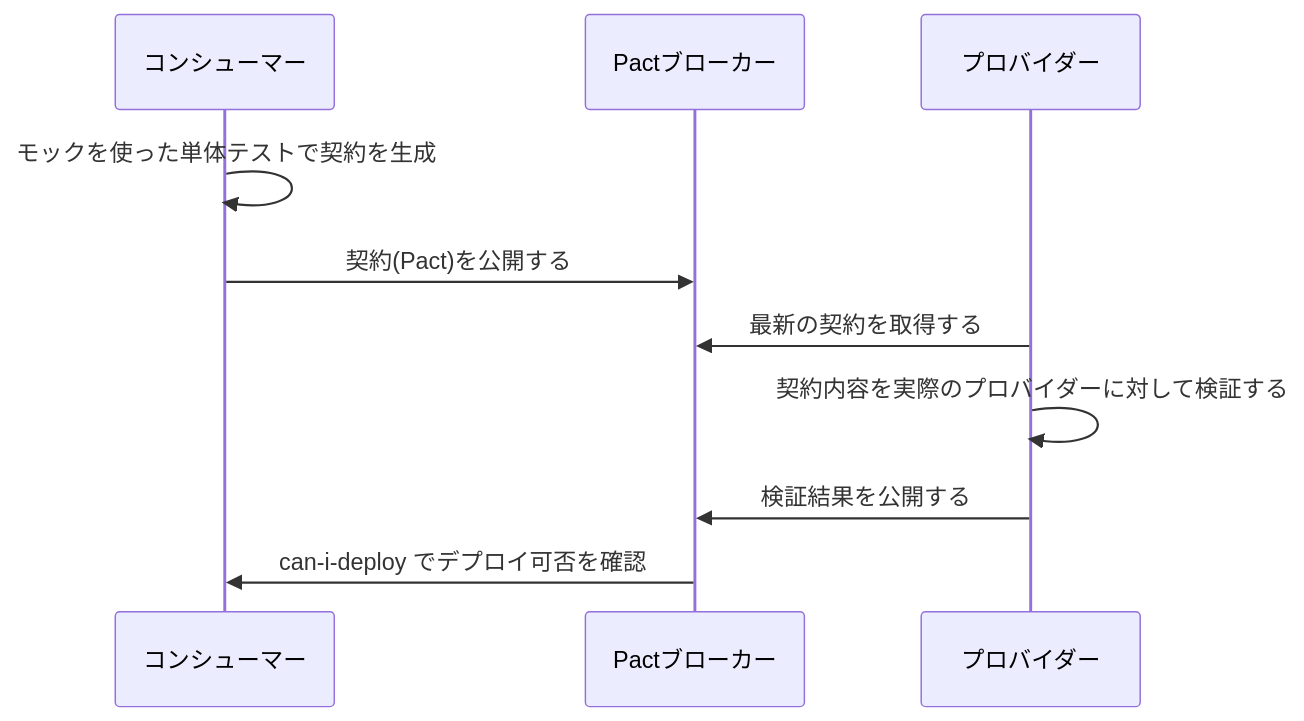
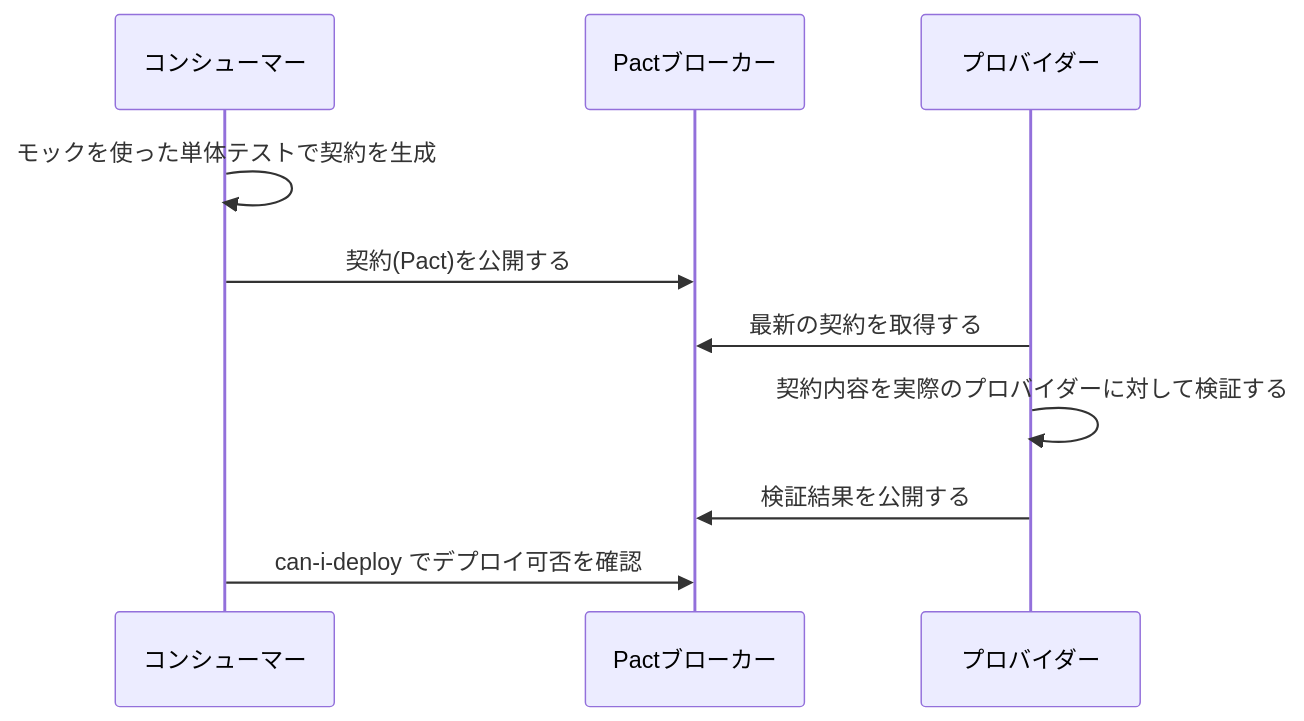
Before and after one commit to myoshi2891/Quality-Assurance-Studies: the sixth of 10 diagrams in Testing-web-apis-guide.md, drawn with Mermaid. The commit also changed other lines of this file, not shown here.

Commit message:
docs(web-apis): k6のchecksしきい値設定の追記および参考文献リンク記法・図の修正

````diff
--- a/Testing-web-apis-guide.md
+++ b/Testing-web-apis-guide.md
@@ -268,13 +280,13 @@
 ```mermaid
 sequenceDiagram
     participant C as コンシューマー
     participant B as Pactブローカー
     participant P as プロバイダー
 
     C->>C: モックを使った単体テストで契約を生成
     C->>B: 契約(Pact)を公開する
     P->>B: 最新の契約を取得する
     P->>P: 契約内容を実際のプロバイダーに対して検証する
     P->>B: 検証結果を公開する
-    B->>C: can-i-deploy でデプロイ可否を確認
+    C->>B: can-i-deploy でデプロイ可否を確認
 ```
````
